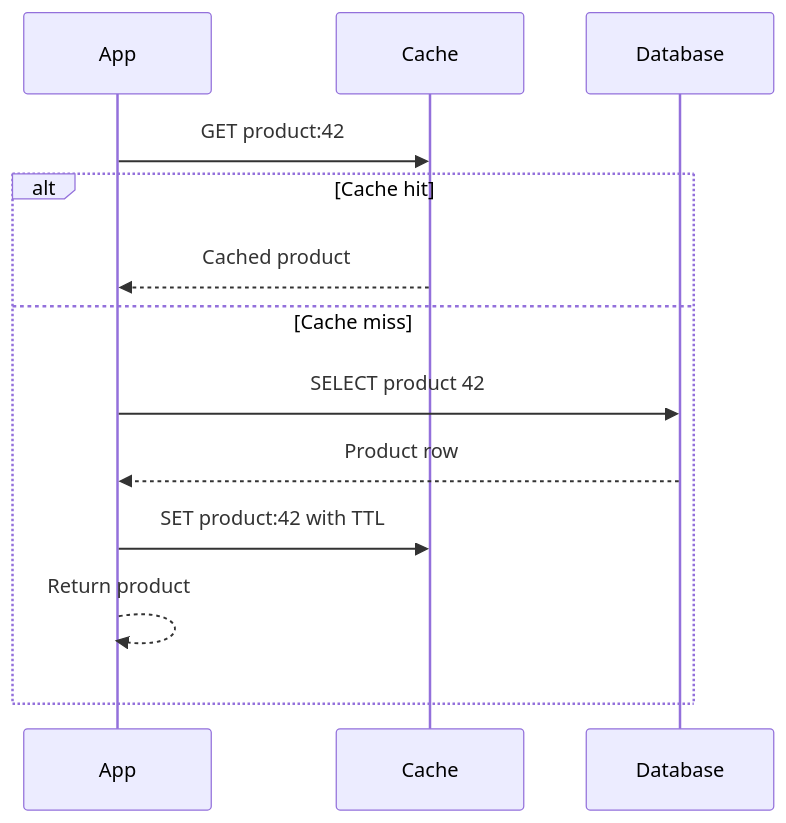
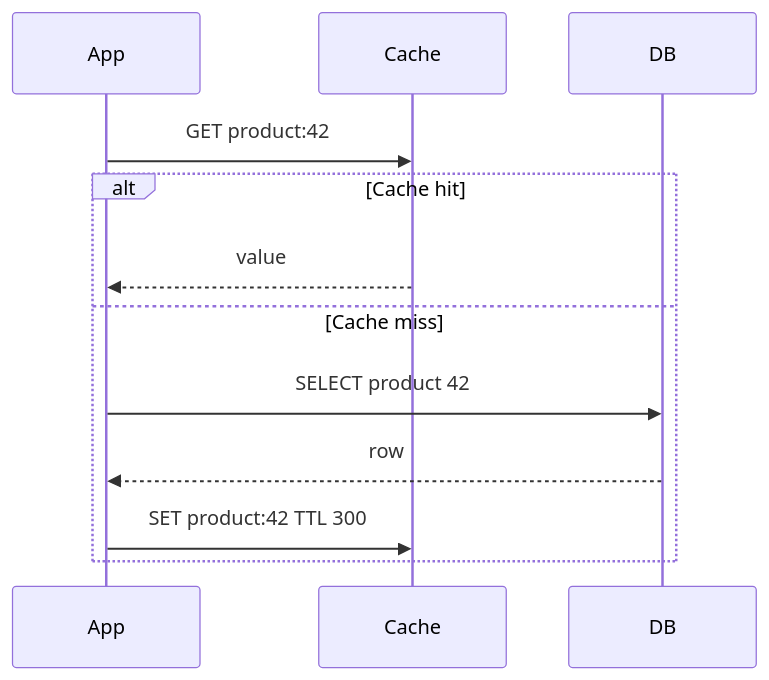
One commit to AvadhBhalodiya/Interview-Preparation changed the third of 8 diagrams in src/content/system-design/db-scaling.md. Above: the diagram before and after it, drawn with Mermaid. The commit also changed other lines of this file and 54 other files, not shown here.

````diff
--- a/src/content/system-design/db-scaling.md
+++ b/src/content/system-design/db-scaling.md
@@ -382,16 +330,15 @@
 ```mermaid
 sequenceDiagram
     participant App
     participant Cache
-    participant DB as Database
+    participant DB
 
     App->>Cache: GET product:42
     alt Cache hit
-        Cache-->>App: Cached product
+        Cache-->>App: value
     else Cache miss
         App->>DB: SELECT product 42
-        DB-->>App: Product row
-        App->>Cache: SET product:42 with TTL
-        App-->>App: Return product
+        DB-->>App: row
+        App->>Cache: SET product:42 TTL 300
     end
 ```
````
